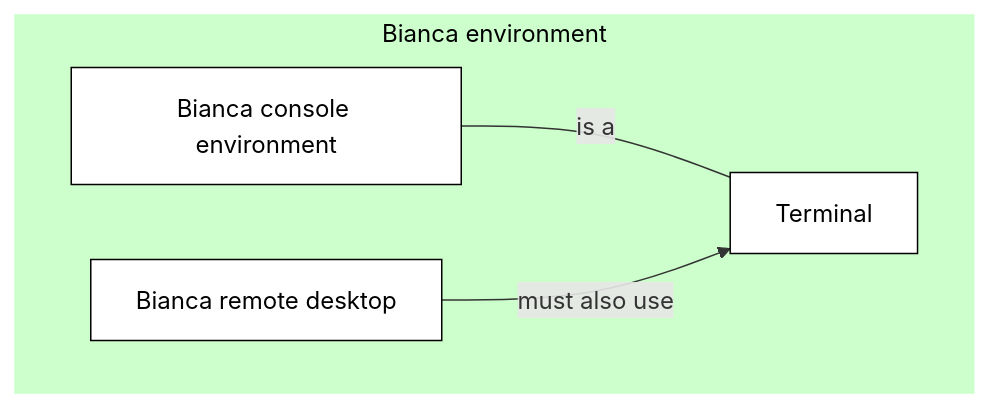
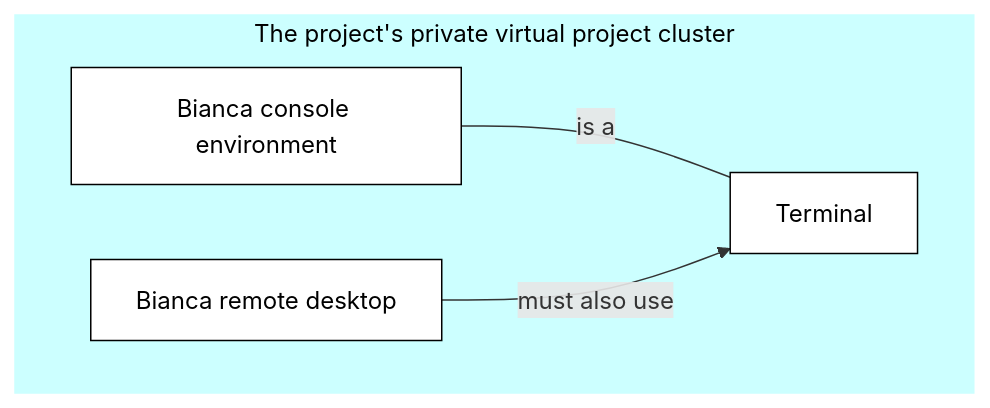
One commit to UPPMAX/UPPMAX-documentation changed the first of 4 diagrams in docs/getting_started/login_bianca.md. Above: the diagram before and after it, drawn with Mermaid. The commit also changed other lines of this file, not shown here.

````diff
--- a/docs/getting_started/login_bianca.md
+++ b/docs/getting_started/login_bianca.md
@@ -210,16 +210,17 @@
 ```mermaid
 flowchart TD
 
     %% Give a white background, instead of a transparent one
     classDef node fill:#fff,color:#000,stroke:#000
 
-    subgraph sub_bianca_env[Bianca environment]
-      bianca_console[Bianca console environment]
-      bianca_remote_desktop[Bianca remote desktop] 
-      bianca_terminal[Terminal] 
-    end
-    style sub_bianca_env fill:#cfc,color:#000,stroke:#cfc
+      subgraph sub_bianca_private_env[The project's private virtual project cluster]
+        bianca_private_console[Bianca console environment]
+        bianca_private_remote_desktop[Bianca remote desktop] 
+        bianca_private_terminal[Terminal] 
+      end
+      style sub_bianca_private_env fill:#cff,color:#000,stroke:#cff
 
-    bianca_console---|is a|bianca_terminal
-    bianca_remote_desktop-->|must also use|bianca_terminal
+    %% Private Bianca
+    bianca_private_console---|is a|bianca_private_terminal
+    bianca_private_remote_desktop-->|must also use|bianca_private_terminal
 ```
````
